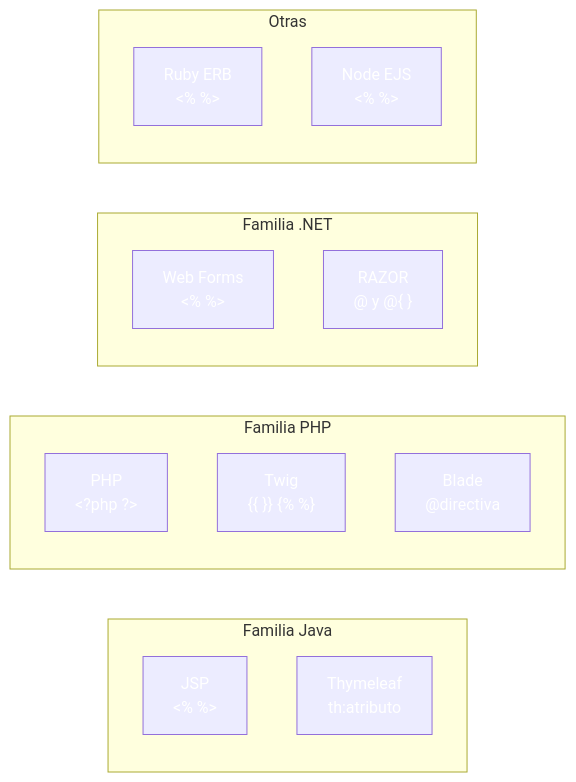
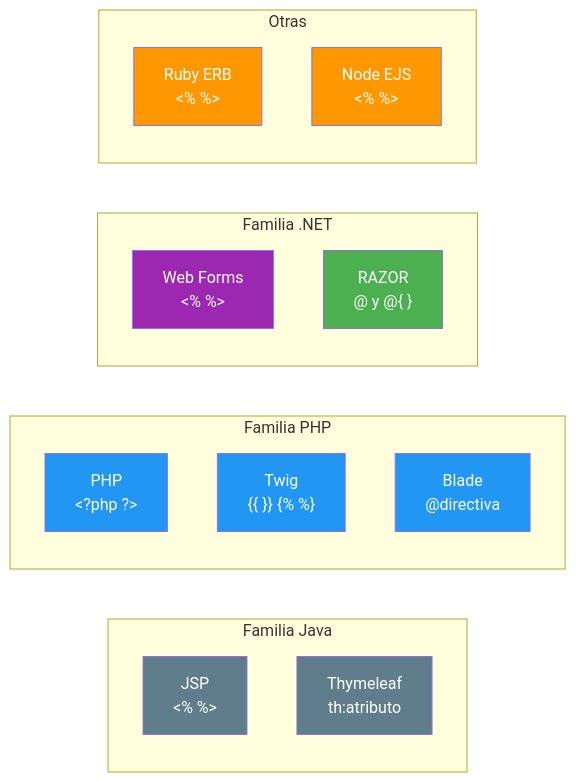
The third of 7 diagrams in 01-razor-fundamentos.md (joseluisgs/DesarrolloWebEntornosServidor-03-2026-2027), drawn with Mermaid before and after one commit. The commit also changed other lines of this file and 25 other files, not shown here.

Commit message:
docs: corregir los estilos Mermaid de los temas y alinear el dominio del tema 25 con ProductosApp

````diff
--- a/01-razor-fundamentos.md
+++ b/01-razor-fundamentos.md
@@ -186,30 +186,30 @@
 ```mermaid
 graph LR
     subgraph "Familia Java"
         JSP["JSP<br/>&lt;% %&gt;"]
         TH["Thymeleaf<br/>th:atributo"]
     end
     subgraph "Familia PHP"
         PHP["PHP<br/>&lt;?php ?&gt;"]
         TW["Twig<br/>{{ }} {% %}"]
         BL["Blade<br/>@directiva"]
     end
     subgraph "Familia .NET"
         ASPX["Web Forms<br/>&lt;% %&gt;"]
         RAZOR["RAZOR<br/>@  y  @{ }"]
     end
     subgraph "Otras"
         ERB["Ruby ERB<br/>&lt;% %&gt;"]
         EJS["Node EJS<br/>&lt;% %&gt;"]
     end
 
-    style RAZOR fill:#4CAF5,color:#fff0,color:#fff
-    style JSP fill:#607D8,color:#fffB,color:#fff
-    style TH fill:#607D8,color:#fffB,color:#fff
-    style PHP fill:#2196F,color:#fff3,color:#fff
-    style TW fill:#2196F,color:#fff3,color:#fff
-    style BL fill:#2196F,color:#fff3,color:#fff
-    style ASPX fill:#9C27B,color:#fff0,color:#fff
-    style ERB fill:#FF980,color:#fff0,color:#fff
-    style EJS fill:#FF980,color:#fff0,color:#fff
+    style RAZOR fill:#4CAF50,color:#fff
+    style JSP fill:#607D8B,color:#fff
+    style TH fill:#607D8B,color:#fff
+    style PHP fill:#2196F3,color:#fff
+    style TW fill:#2196F3,color:#fff
+    style BL fill:#2196F3,color:#fff
+    style ASPX fill:#9C27B0,color:#fff
+    style ERB fill:#FF9800,color:#fff
+    style EJS fill:#FF9800,color:#fff
 ```
````
